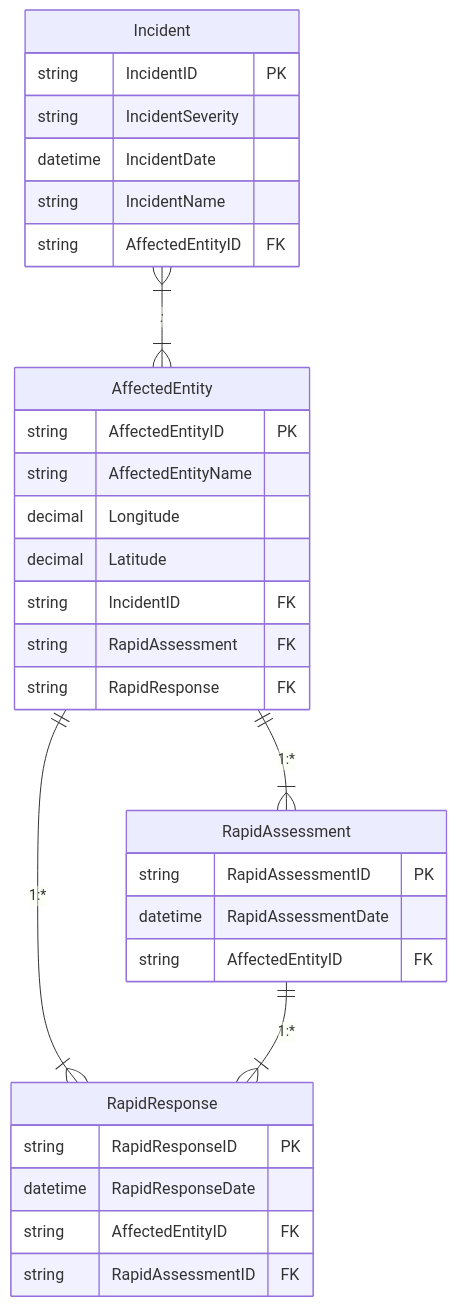
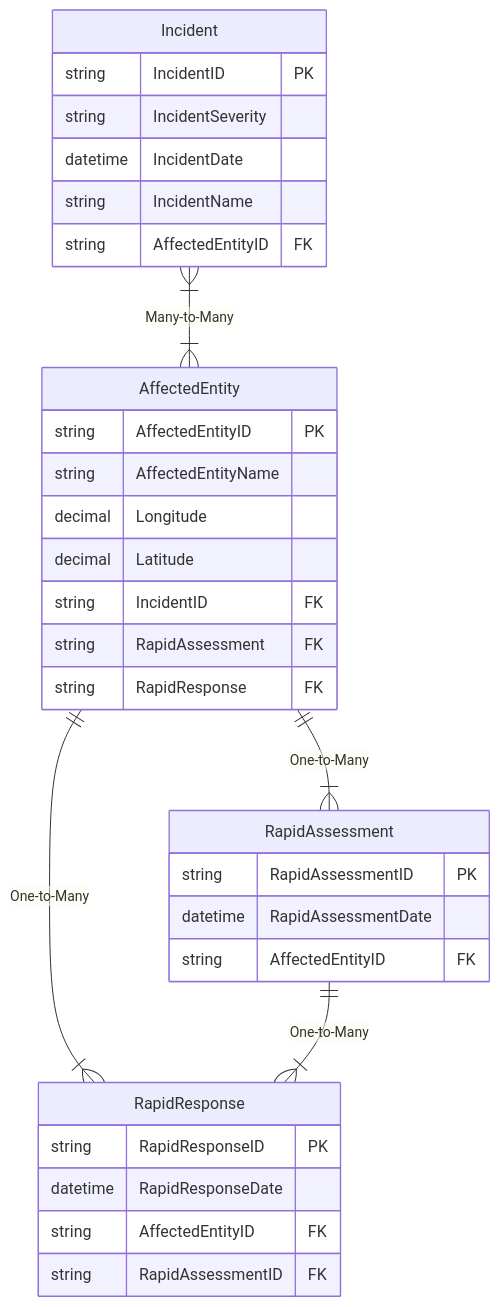
One commit to bilzee/Disaster-Management-System changed the diagram in DMS Simple Generalised.markdown. Above: the diagram before and after it, drawn with Mermaid.

Commit message:
Update DMS Simple Generalised.markdown

````diff
--- a/DMS Simple Generalised.markdown
+++ b/DMS Simple Generalised.markdown
@@ -1,40 +1,40 @@
 ```mermaid
 erDiagram
     Incident {
         string IncidentID "PK"
         string IncidentSeverity
         datetime IncidentDate
         string IncidentName
         string AffectedEntityID "FK"
     }
 
     AffectedEntity {
         string AffectedEntityID "PK"
         string AffectedEntityName
         decimal Longitude
         decimal Latitude
         string IncidentID "FK"
         string RapidAssessment "FK"
         string RapidResponse "FK"
     }
 
     RapidAssessment {
         string RapidAssessmentID "PK"
         datetime RapidAssessmentDate
         string AffectedEntityID "FK"
     }
 
     RapidResponse {
         string RapidResponseID "PK"
         datetime RapidResponseDate
         string AffectedEntityID "FK"
         string RapidAssessmentID "FK"
     }
 
 
-    Incident }|--|{ AffectedEntity : "*:*"
-    AffectedEntity ||--|{ RapidAssessment : "1:*"
-    AffectedEntity ||--|{ RapidResponse : "1:*"
-    RapidAssessment ||--|{ RapidResponse : "1:*"
+    Incident }|--|{ AffectedEntity : "Many-to-Many"
+    AffectedEntity ||--|{ RapidAssessment : "One-to-Many"
+    AffectedEntity ||--|{ RapidResponse : "One-to-Many"
+    RapidAssessment ||--|{ RapidResponse : "One-to-Many"
 
 ```
````
